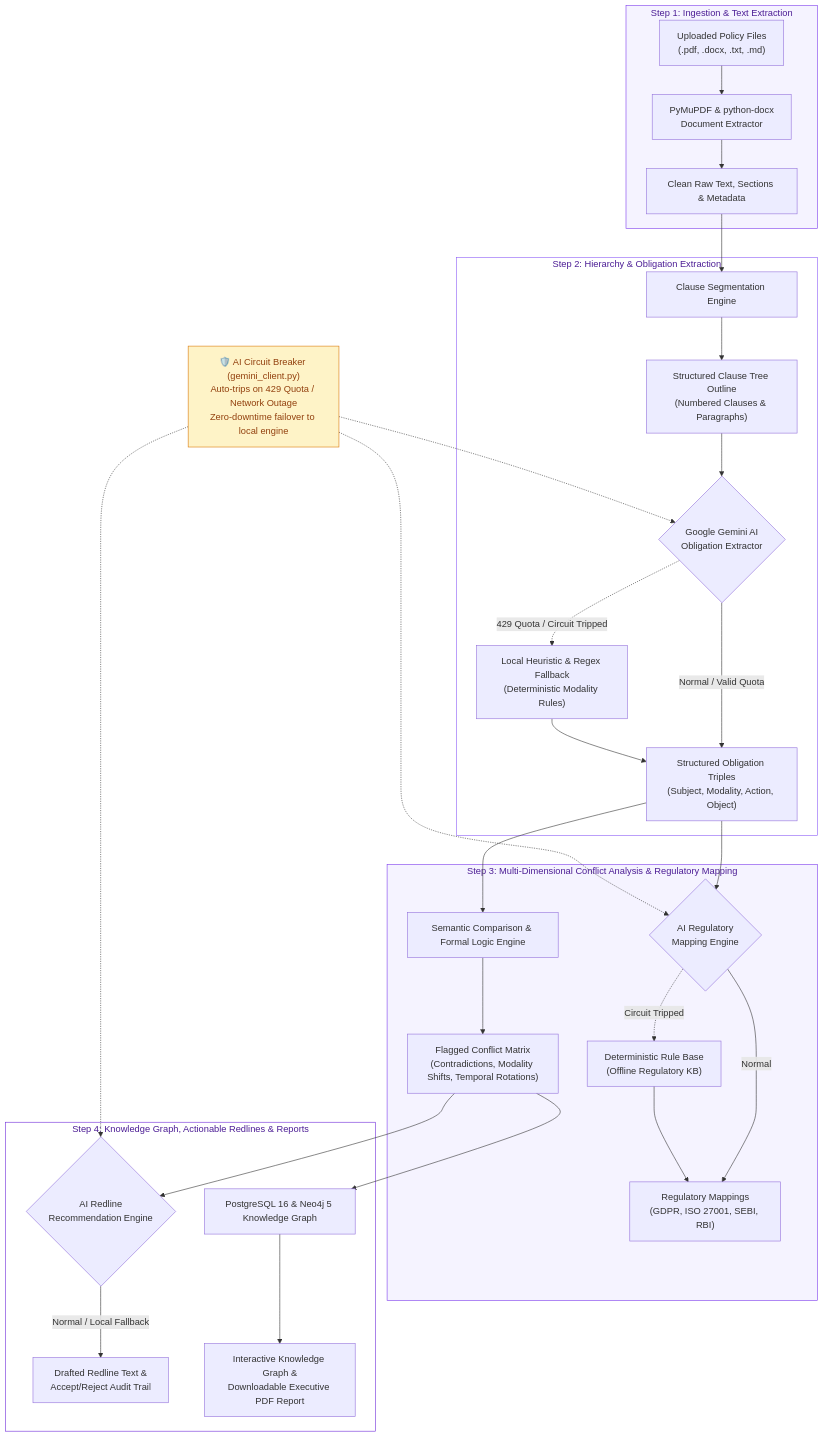
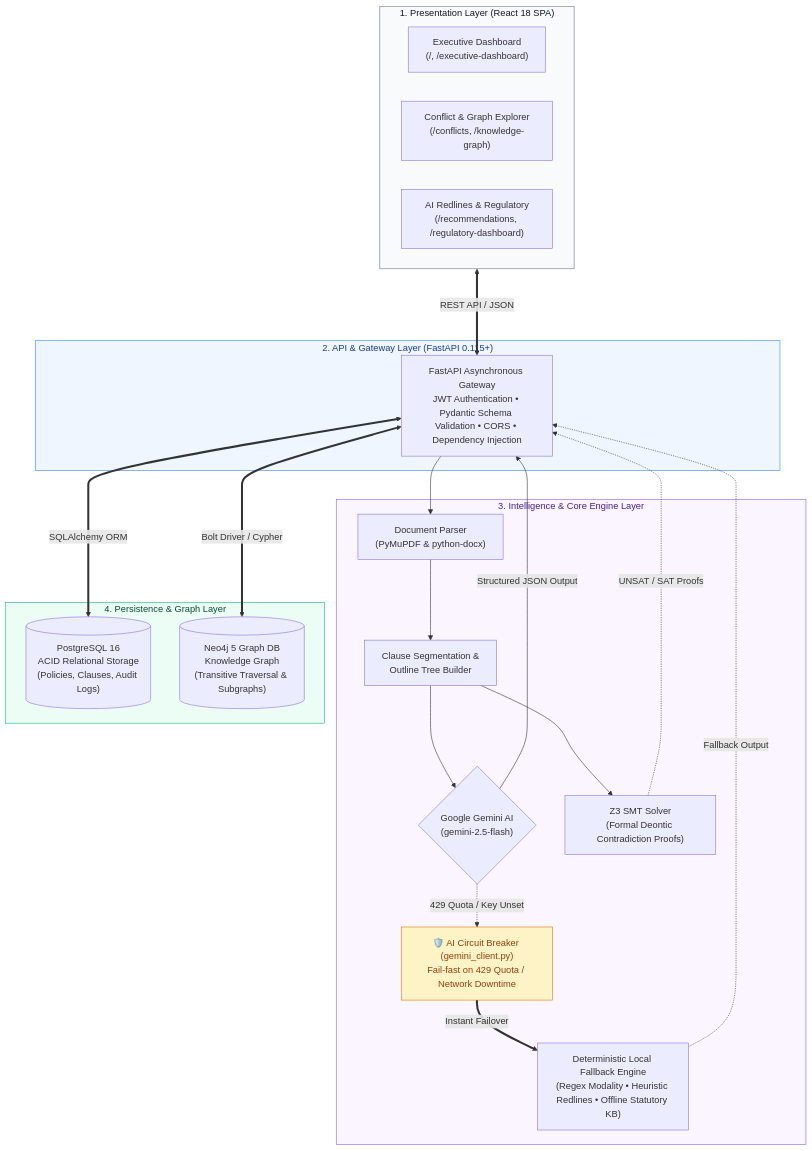
One commit to Sangamithraa077/PolicySentinel changed the first of 2 diagrams in README.md. Above: the diagram before and after it, drawn with Mermaid. The commit also changed other lines of this file, not shown here.

Commit message:
docs: clarify System Architecture topology and 5-stage execution flow in README

````diff
--- a/README.md
+++ b/README.md
@@ -55,42 +33,44 @@
 ```mermaid
-flowchart TD
-    subgraph Step1["Step 1: Ingestion & Text Extraction"]
-        A["Uploaded Policy Files\n(.pdf, .docx, .txt, .md)"] --> B["PyMuPDF & python-docx\nDocument Extractor"]
-        B --> Out1["Clean Raw Text, Sections & Metadata"]
+flowchart TB
+    subgraph UI["1. Presentation Layer (React 18 SPA)"]
+        direction LR
+        A1["Executive Dashboard\n(/, /executive-dashboard)"]
+        A2["Conflict & Graph Explorer\n(/conflicts, /knowledge-graph)"]
+        A3["AI Redlines & Regulatory\n(/recommendations, /regulatory-dashboard)"]
     end
 
-    subgraph Step2["Step 2: Hierarchy & Obligation Extraction"]
-        Out1 --> C["Clause Segmentation Engine"]
-        C --> Out2["Structured Clause Tree Outline\n(Numbered Clauses & Paragraphs)"]
-        Out2 --> D{"Google Gemini AI\nObligation Extractor"}
-        D -->|Normal / Valid Quota| Out3["Structured Obligation Triples\n(Subject, Modality, Action, Object)"]
-        D -.->|429 Quota / Circuit Tripped| FB1["Local Heuristic & Regex Fallback\n(Deterministic Modality Rules)"]
-        FB1 --> Out3
+    subgraph API["2. API & Gateway Layer (FastAPI 0.115+)"]
+        B["FastAPI Asynchronous Gateway\nJWT Authentication • Pydantic Schema Validation • CORS • Dependency Injection"]
     end
 
-    subgraph Step3["Step 3: Multi-Dimensional Conflict Analysis & Regulatory Mapping"]
-        Out3 --> E["Semantic Comparison & Formal Logic Engine"]
-        E --> Out4["Flagged Conflict Matrix\n(Contradictions, Modality Shifts, Temporal Rotations)"]
-        Out3 --> RegMap{"AI Regulatory\nMapping Engine"}
-        RegMap -->|Normal| RegOut["Regulatory Mappings\n(GDPR, ISO 27001, SEBI, RBI)"]
-        RegMap -.->|Circuit Tripped| FB2["Deterministic Rule Base\n(Offline Regulatory KB)"]
-        FB2 --> RegOut
+    subgraph Core["3. Intelligence & Core Engine Layer"]
+        C1["Document Parser\n(PyMuPDF & python-docx)"]
+        C2["Clause Segmentation &\nOutline Tree Builder"]
+        C3{"Google Gemini AI\n(gemini-2.5-flash)"}
+        CB["🛡️ AI Circuit Breaker (gemini_client.py)\nFail-fast on 429 Quota / Network Downtime"]
+        C4["Deterministic Local Fallback Engine\n(Regex Modality • Heuristic Redlines • Offline Statutory KB)"]
+        C5["Z3 SMT Solver\n(Formal Deontic Contradiction Proofs)"]
     end
 
-    subgraph Step4["Step 4: Knowledge Graph, Actionable Redlines & Reports"]
-        Out4 --> F{"AI Redline\nRecommendation Engine"}
-        F -->|Normal / Local Fallback| Out5["Drafted Redline Text &\nAccept/Reject Audit Trail"]
-        Out4 --> G["PostgreSQL 16 & Neo4j 5 Knowledge Graph"]
-        G --> Out6["Interactive Knowledge Graph &\nDownloadable Executive PDF Report"]
+    subgraph Data["4. Persistence & Graph Layer"]
+        D1[("PostgreSQL 16\nACID Relational Storage\n(Policies, Clauses, Audit Logs)")]
+        D2[("Neo4j 5 Graph DB\nKnowledge Graph\n(Transitive Traversal & Subgraphs)")]
     end
 
-    CB["🛡️ AI Circuit Breaker (gemini_client.py)\nAuto-trips on 429 Quota / Network Outage\nZero-downtime failover to local engine"] -.-> D
-    CB -.-> RegMap
-    CB -.-> F
+    UI <===>|REST API / JSON| B
+    B --> C1 --> C2 --> C3
+    C3 -->|Structured JSON Output| B
+    C3 -.->|429 Quota / Key Unset| CB
+    CB ==>|Instant Failover| C4
+    C4 -.->|Fallback Output| B
+    C2 --> C5
+    C5 -.->|UNSAT / SAT Proofs| B
+    B <===>|SQLAlchemy ORM| D1
+    B <===>|Bolt Driver / Cypher| D2
 
-    style Step1 fill:#F5F3FF,stroke:#7C3AED,color:#4C1D95
-    style Step2 fill:#FFFFFF,stroke:#8B5CF6,color:#4C1D95
-    style Step3 fill:#F5F3FF,stroke:#7C3AED,color:#4C1D95
-    style Step4 fill:#FFFFFF,stroke:#6D28D9,color:#4C1D95
+    style UI fill:#F8FAFC,stroke:#64748B,color:#0F172A
+    style API fill:#EFF6FF,stroke:#3B82F6,color:#1E3A8A
+    style Core fill:#FAF5FF,stroke:#8B5CF6,color:#4C1D95
+    style Data fill:#ECFDF5,stroke:#10B981,color:#064E3B
     style CB fill:#FEF3C7,stroke:#D97706,color:#92400E
 ```
````
